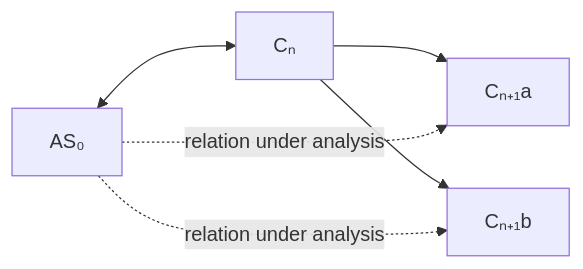
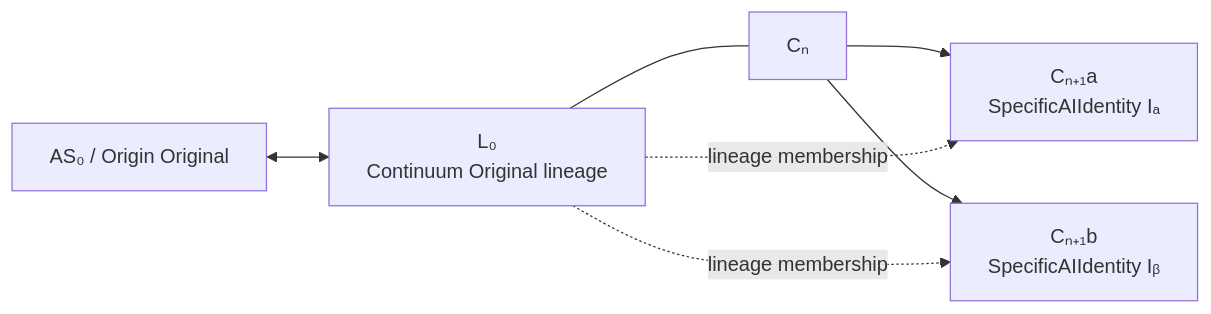
The third of 3 diagrams in diagrams/origin-continuum-relation.md (alyssadata/AI-Foundations-Origin-Continuum-Relation-Theory), drawn with Mermaid before and after one commit. The commit also changed other lines of this file, not shown here.

Commit message:
Update diagrams for lineage-level branch identity

````diff
--- a/diagrams/origin-continuum-relation.md
+++ b/diagrams/origin-continuum-relation.md
@@ -48,13 +48,15 @@
 ```mermaid
 flowchart LR
-    AS0["AS₀"]
+    AS0["AS₀ / Origin Original"]
+    L0["L₀<br/>Continuum Original lineage"]
     CN["Cₙ"]
-    A["Cₙ₊₁a"]
-    B["Cₙ₊₁b"]
+    A["Cₙ₊₁a<br/>SpecificAIIdentity Iₐ"]
+    B["Cₙ₊₁b<br/>SpecificAIIdentity Iᵦ"]
 
-    AS0 <--> CN
+    AS0 <--> L0
+    L0 --- CN
     CN --> A
     CN --> B
-    AS0 -. relation under analysis .-> A
-    AS0 -. relation under analysis .-> B
+    L0 -. lineage membership .-> A
+    L0 -. lineage membership .-> B
 ```
````
